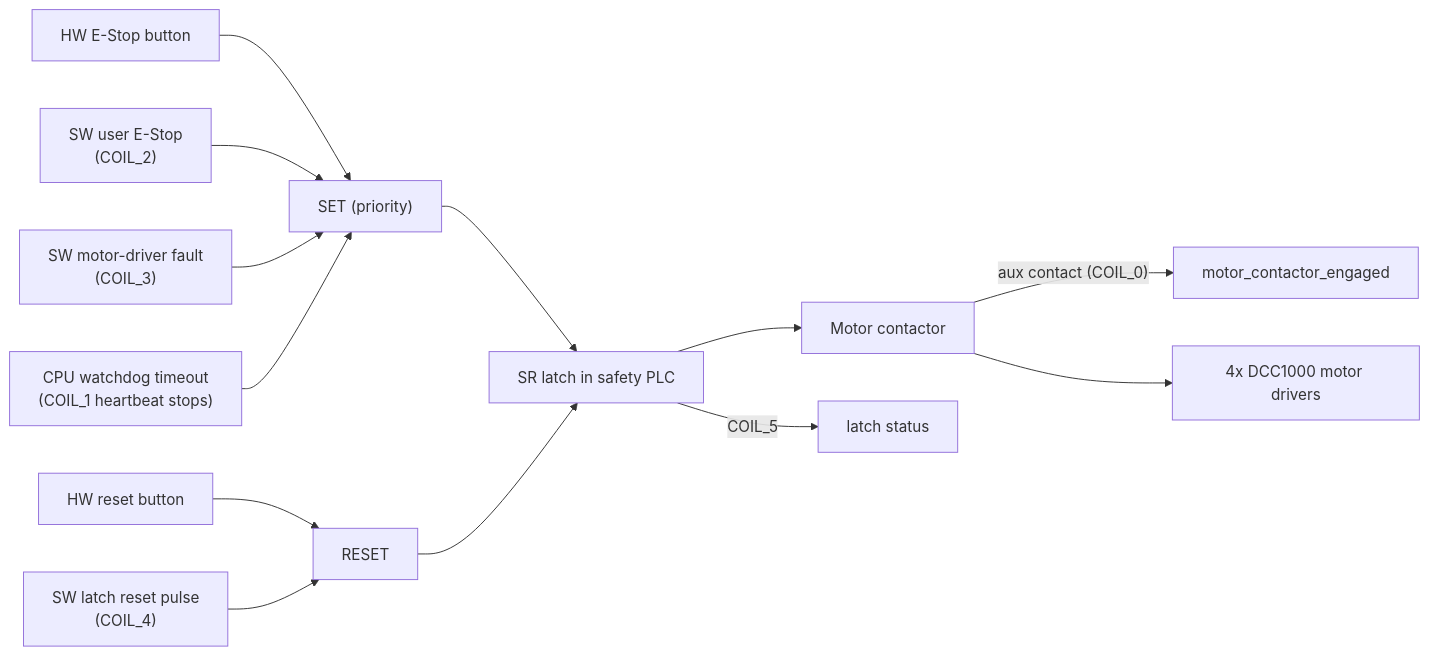
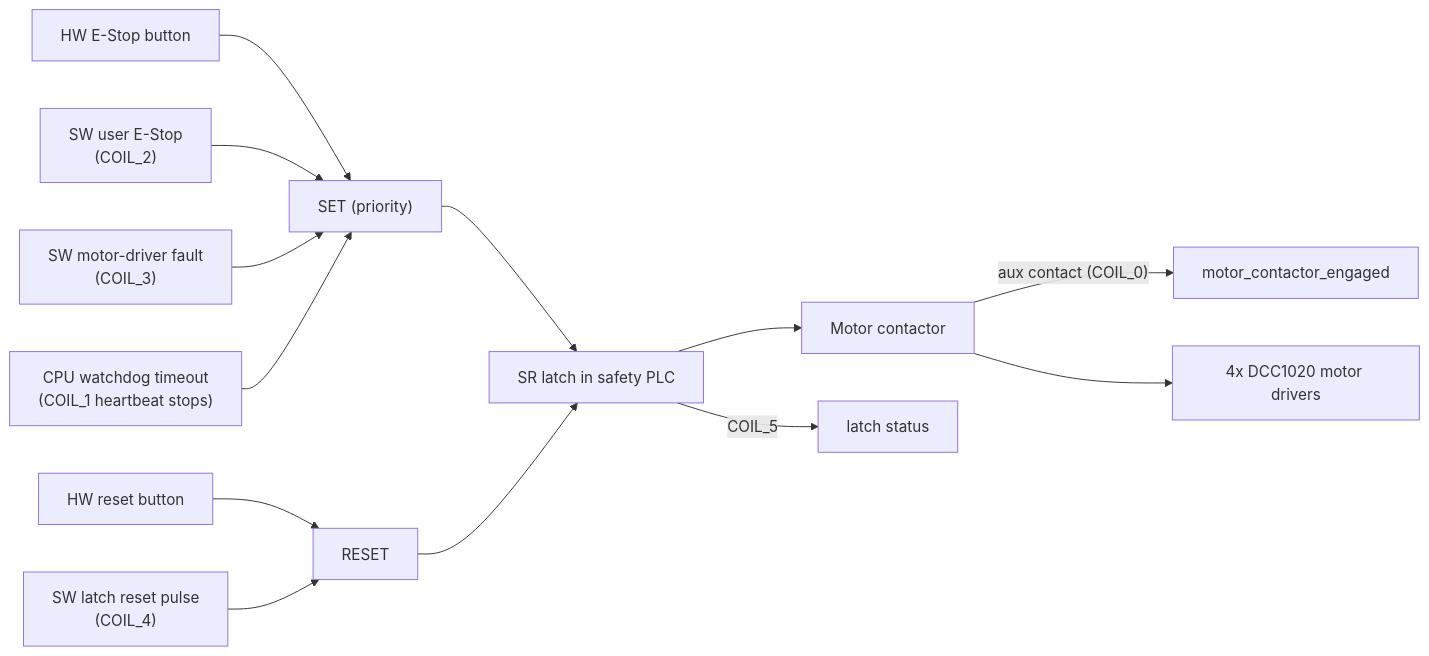
The first of 2 diagrams in docs/safety.md (isaacbotsrl/isaacbot_amr_ros), drawn with Mermaid before and after one commit. The commit also changed other lines of this file and 54 other files, not shown here.

````diff
--- a/docs/safety.md
+++ b/docs/safety.md
@@ -20,15 +20,15 @@
 ```mermaid
 flowchart LR
   HWB["HW E-Stop button"] --> SET
   SWU["SW user E-Stop<br/>(COIL_2)"] --> SET
   SWF["SW motor-driver fault<br/>(COIL_3)"] --> SET
   WDG["CPU watchdog timeout<br/>(COIL_1 heartbeat stops)"] --> SET
   HWR["HW reset button"] --> RST
   SWR["SW latch reset pulse<br/>(COIL_4)"] --> RST
   SET["SET (priority)"] --> L["SR latch in safety PLC"]
   RST["RESET"] --> L
   L --> K["Motor contactor"]
   K -->|"aux contact (COIL_0)"| FB["motor_contactor_engaged"]
   L -->|"COIL_5"| LS["latch status"]
-  K --> M["4x DCC1000 motor drivers"]
+  K --> M["4x DCC1020 motor drivers"]
 ```
````
